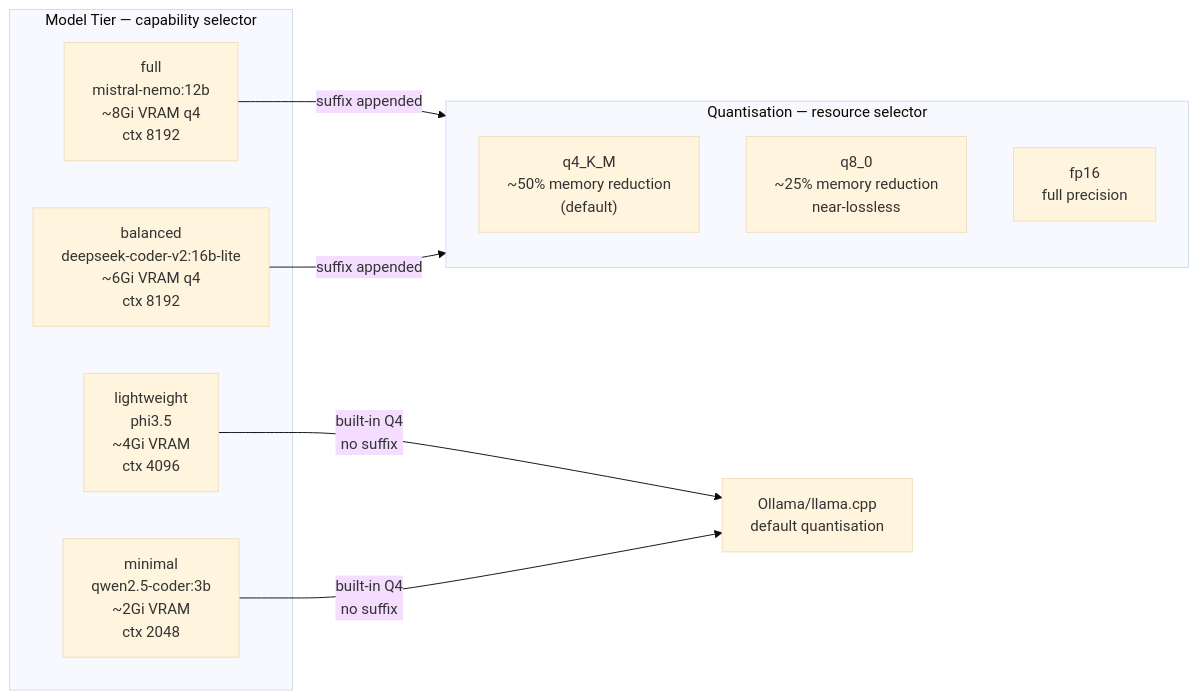
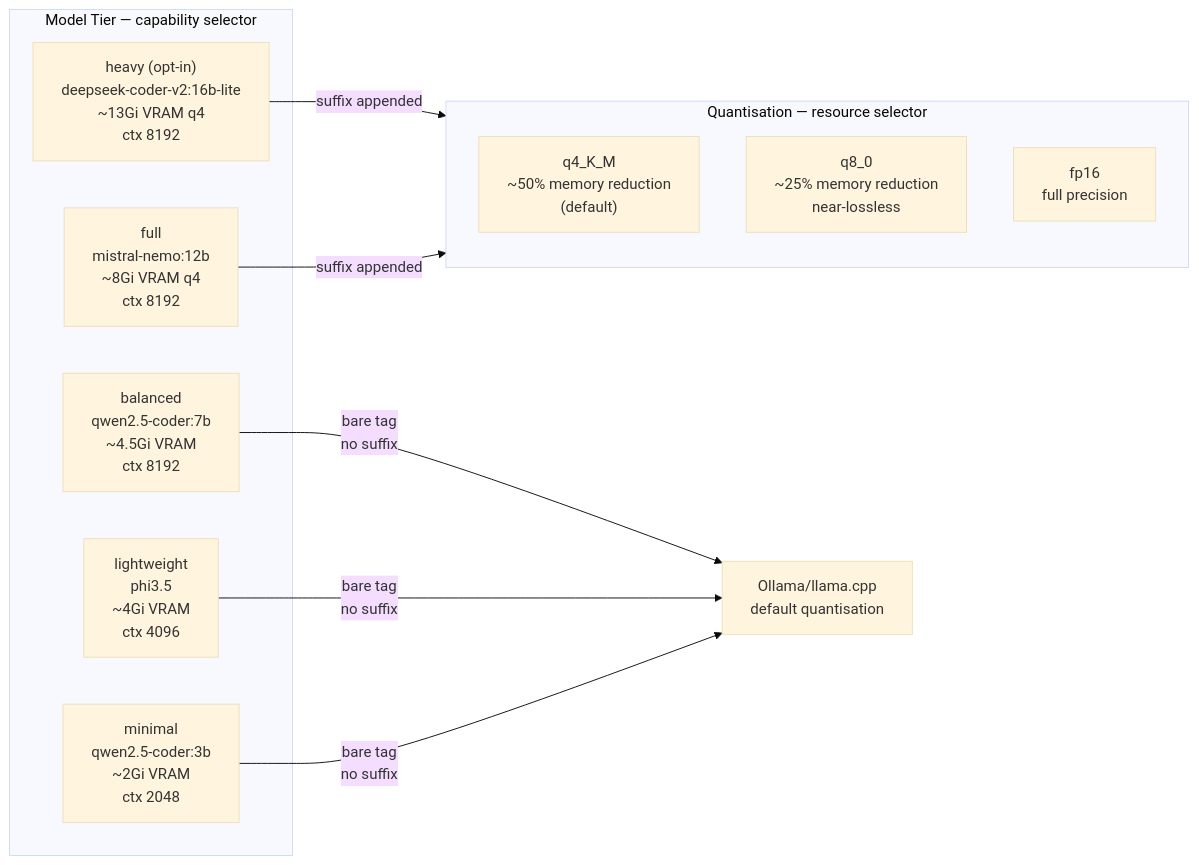
One commit to Chrisys93/code-doc-assistant changed the third of 6 diagrams in README.md. Above: the diagram before and after it, drawn with Mermaid (base theme). The commit also changed other lines of this file and 29 other files, not shown here.

First line of the commit message:
Full llama.cpp support, Helm 0.2.0, MLflow run tracking and pipeline traceability

````diff
--- a/README.md
+++ b/README.md
@@ -316,18 +435,19 @@
 ```mermaid
 flowchart LR
     subgraph TIERS["Model Tier — capability selector"]
+        HEAVY["heavy (opt-in)\ndeepseek-coder-v2:16b-lite\n~13Gi VRAM q4\nctx 8192"]
         FULL["full\nmistral-nemo:12b\n~8Gi VRAM q4\nctx 8192"]
-        BAL["balanced\ndeepseek-coder-v2:16b-lite\n~6Gi VRAM q4\nctx 8192"]
+        BAL["balanced\nqwen2.5-coder:7b\n~4.5Gi VRAM\nctx 8192"]
         LIGHT["lightweight\nphi3.5\n~4Gi VRAM\nctx 4096"]
         MIN["minimal\nqwen2.5-coder:3b\n~2Gi VRAM\nctx 2048"]
     end
 
     subgraph QUANT["Quantisation — resource selector"]
         Q4["q4_K_M\n~50% memory reduction\n(default)"]
         Q8["q8_0\n~25% memory reduction\nnear-lossless"]
         FP["fp16\nfull precision"]
     end
 
-    FULL & BAL -->|suffix appended| QUANT
-    LIGHT & MIN -->|built-in Q4\nno suffix| SKIP["Ollama/llama.cpp\ndefault quantisation"]
+    HEAVY & FULL -->|suffix appended| QUANT
+    BAL & LIGHT & MIN -->|bare tag\nno suffix| SKIP["Ollama/llama.cpp\ndefault quantisation"]
 ```
````
